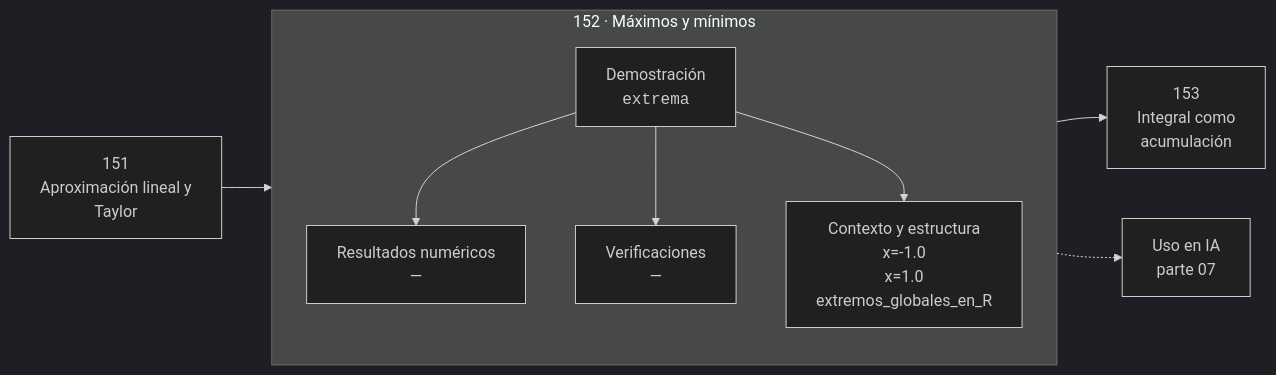
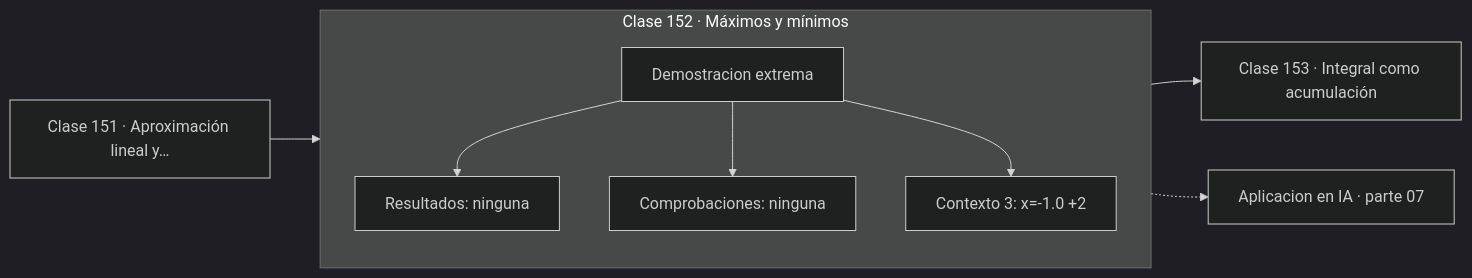
Before and after one commit to vladimiracunadev-create/computational-mathematics-program: the diagram in classes/part-07-calculo-diferencial-e-integral/152-maximos-y-minimos/README.md, drawn with Mermaid (dark theme). The commit also changed 389 other files, not shown here.

First line of the commit message:
fix(diagramas): elimina el HTML de las etiquetas Mermaid

````diff
--- a/classes/part-07-calculo-diferencial-e-integral/152-maximos-y-minimos/README.md
+++ b/classes/part-07-calculo-diferencial-e-integral/152-maximos-y-minimos/README.md
@@ -30,12 +30,13 @@
 ```mermaid
 flowchart LR
-    P["151<br/>Aproximación lineal y<br/>Taylor"] --> C
-    subgraph C["152 · Máximos y mínimos"]
+    P["Clase 151 · Aproximación lineal y…"] --> D
+    subgraph CLASE["Clase 152 · Máximos y mínimos"]
         direction TB
-        D["Demostración<br/><code>extrema</code>"] --> R["Resultados numéricos<br/>—"]
-        D --> V["Verificaciones<br/>—"]
-        D --> O["Contexto y estructura<br/>x=-1.0<br/>x=1.0<br/>extremos_globales_en_R"]
+        D["Demostracion extrema"]
+        D --> R["Resultados: ninguna"]
+        D --> V["Comprobaciones: ninguna"]
+        D --> O["Contexto 3: x=-1.0 +2"]
     end
-    C --> N["153<br/>Integral como<br/>acumulación"]
-    C -.-> IA["Uso en IA<br/>parte 07"]
+    R --> N["Clase 153 · Integral como acumulación"]
+    V -.-> IA["Aplicacion en IA · parte 07"]
 ```
````
